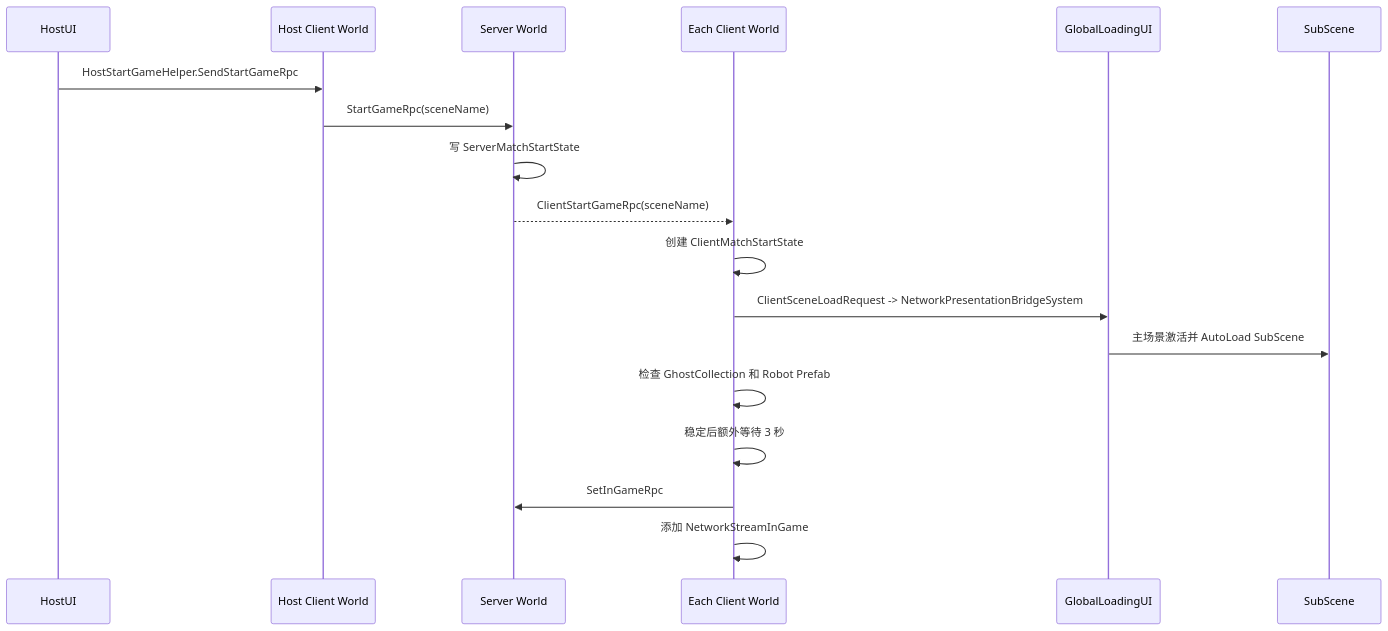
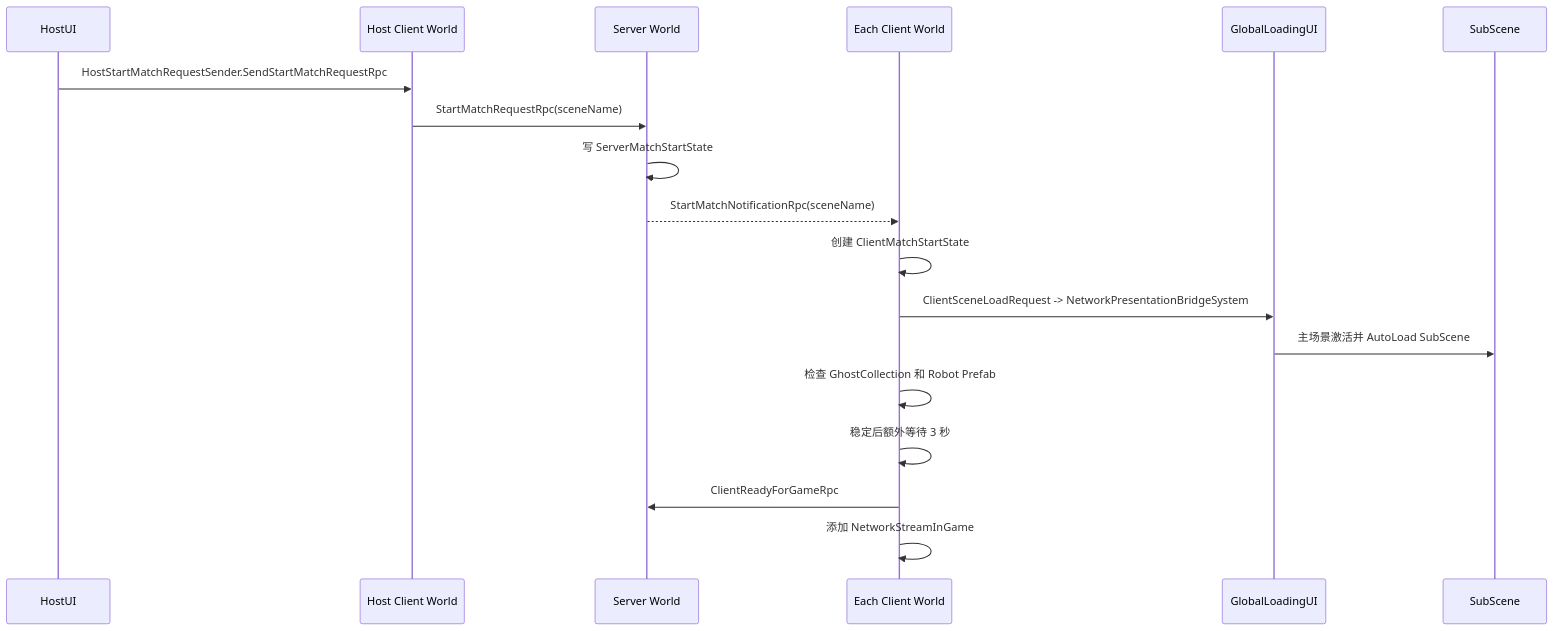
One commit to mcaswen/AnimarsCatcher changed the third of 4 diagrams in docs/Architecture/04_StartupAndMatchFlow.md. Above: the diagram before and after it, drawn with Mermaid. The commit also changed other lines of this file and 391 other files, not shown here.

````diff
--- a/docs/Architecture/04_StartupAndMatchFlow.md
+++ b/docs/Architecture/04_StartupAndMatchFlow.md
@@ -73,21 +73,21 @@
 ```mermaid
 sequenceDiagram
     participant HostUI
     participant HostClient as Host Client World
     participant Server as Server World
     participant Client as Each Client World
     participant Loader as GlobalLoadingUI
     participant SubScene
 
-    HostUI->>HostClient: HostStartGameHelper.SendStartGameRpc
-    HostClient->>Server: StartGameRpc(sceneName)
+    HostUI->>HostClient: HostStartMatchRequestSender.SendStartMatchRequestRpc
+    HostClient->>Server: StartMatchRequestRpc(sceneName)
     Server->>Server: 写 ServerMatchStartState
-    Server-->>Client: ClientStartGameRpc(sceneName)
+    Server-->>Client: StartMatchNotificationRpc(sceneName)
     Client->>Client: 创建 ClientMatchStartState
     Client->>Loader: ClientSceneLoadRequest -> NetworkPresentationBridgeSystem
     Loader->>SubScene: 主场景激活并 AutoLoad SubScene
     Client->>Client: 检查 GhostCollection 和 Robot Prefab
     Client->>Client: 稳定后额外等待 3 秒
-    Client->>Server: SetInGameRpc
+    Client->>Server: ClientReadyForGameRpc
     Client->>Client: 添加 NetworkStreamInGame
 ```
````
